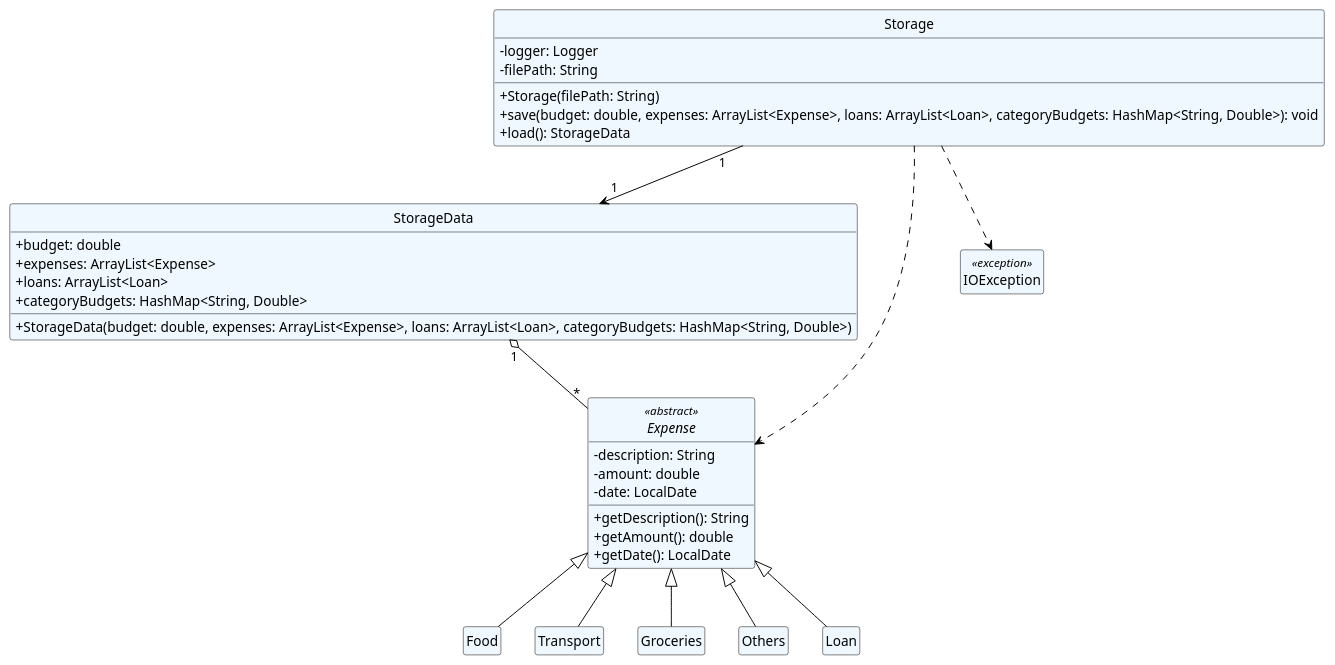
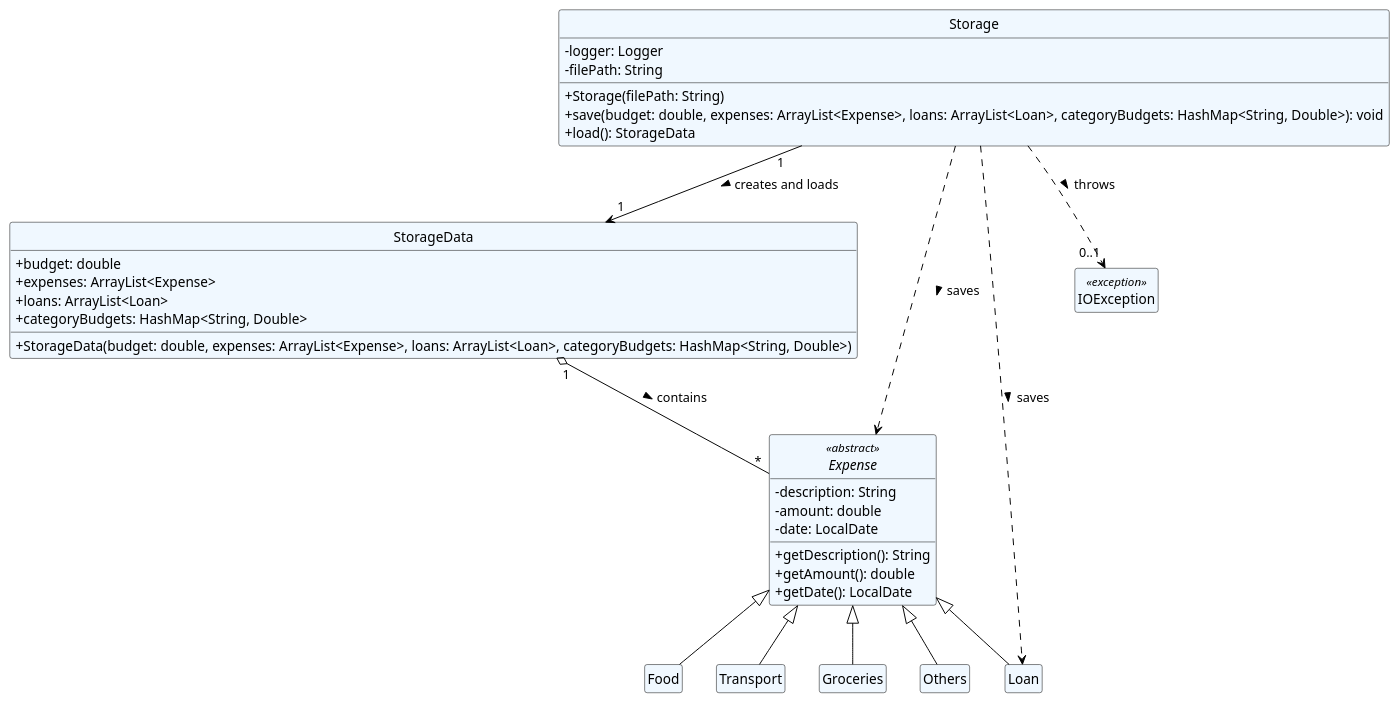
The diagram in docs/Diagrams/Storage.puml (b0wen120/tp), drawn with PlantUML before and after one commit. The commit also changed 2 other files, not shown here.

Commit message:
Update DG for storage

```diff
--- a/docs/Diagrams/Storage.puml
+++ b/docs/Diagrams/Storage.puml
@@ -1,56 +1,57 @@
 @startuml
 skinparam classAttributeIconSize 0
 hide circle
 hide empty members
 
 skinparam class {
     BackgroundColor AliceBlue
     ArrowColor Black
     BorderColor Black
 }
 
     class Storage {
         - logger: Logger
         - filePath: String
         + Storage(filePath: String)
         + save(budget: double, expenses: ArrayList<Expense>, loans: ArrayList<Loan>, categoryBudgets: HashMap<String, Double>): void
         + load(): StorageData
     }
 
     class StorageData {
         + budget: double
         + expenses: ArrayList<Expense>
         + loans: ArrayList<Loan>
         + categoryBudgets: HashMap<String, Double>
         + StorageData(budget: double, expenses: ArrayList<Expense>, loans: ArrayList<Loan>, categoryBudgets: HashMap<String, Double>)
     }
 
 
 
     abstract class Expense <<abstract>> {
         - description: String
         - amount: double
         - date: LocalDate
         + getDescription(): String
         + getAmount(): double
         + getDate(): LocalDate
     }
     class Food extends Expense
     class Transport extends Expense
     class Groceries extends Expense
     class Others extends Expense
     class Loan extends Expense
 
     class IOException <<exception>>
 
 
 
 
 ' Relationships
-Storage "1" --> "1" StorageData
-Storage ..> Expense
-Storage ..> IOException
-StorageData "1" o-- "*" Expense
+Storage "1" --> "1" StorageData:  > creates and loads
+Storage ..> Expense: > saves
+Storage ..> "0..1" IOException: > throws
+StorageData "1" o-- "*" Expense: > contains
+Storage ..> Loan : > saves
 
 
 @enduml
```
